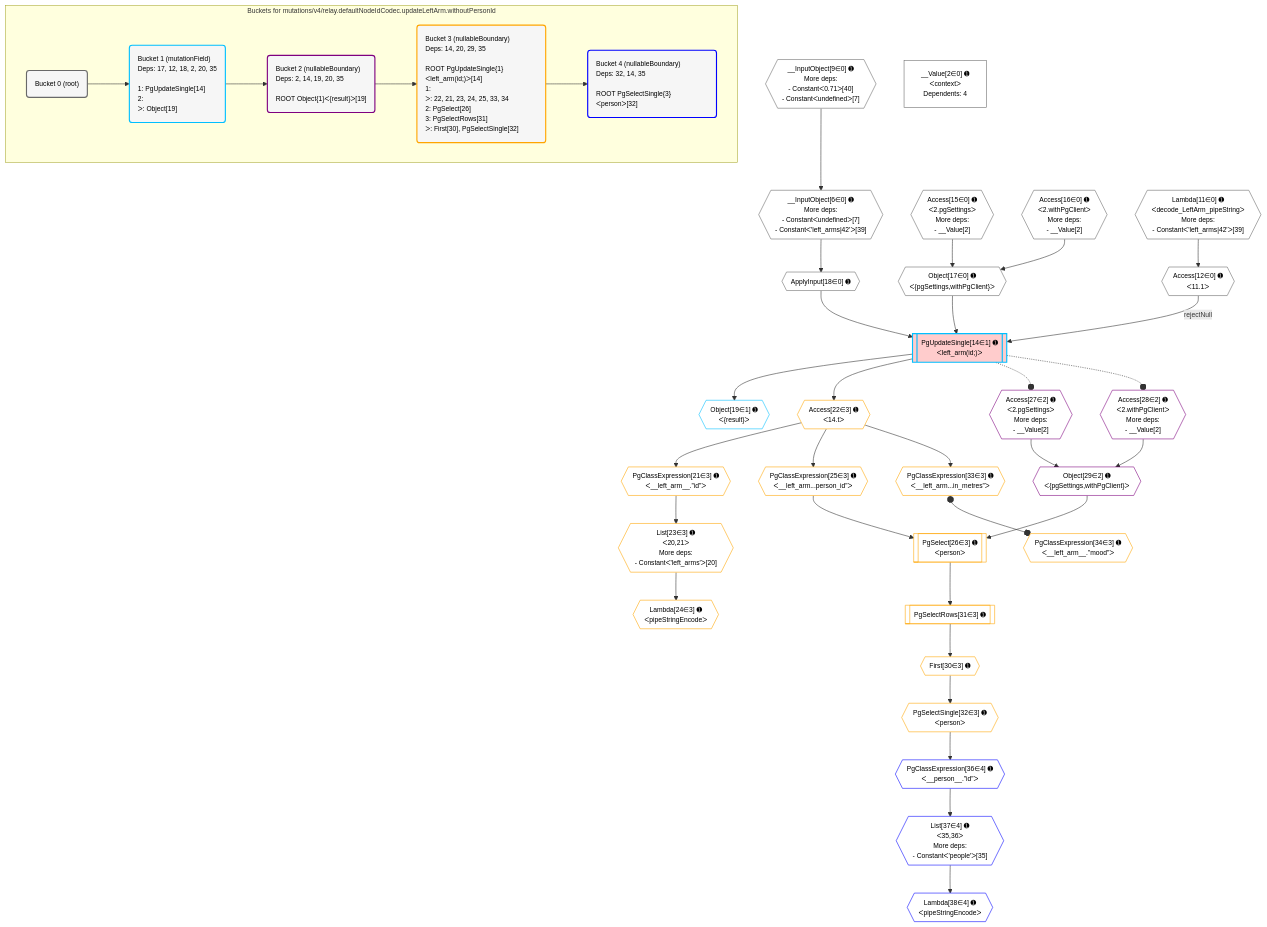
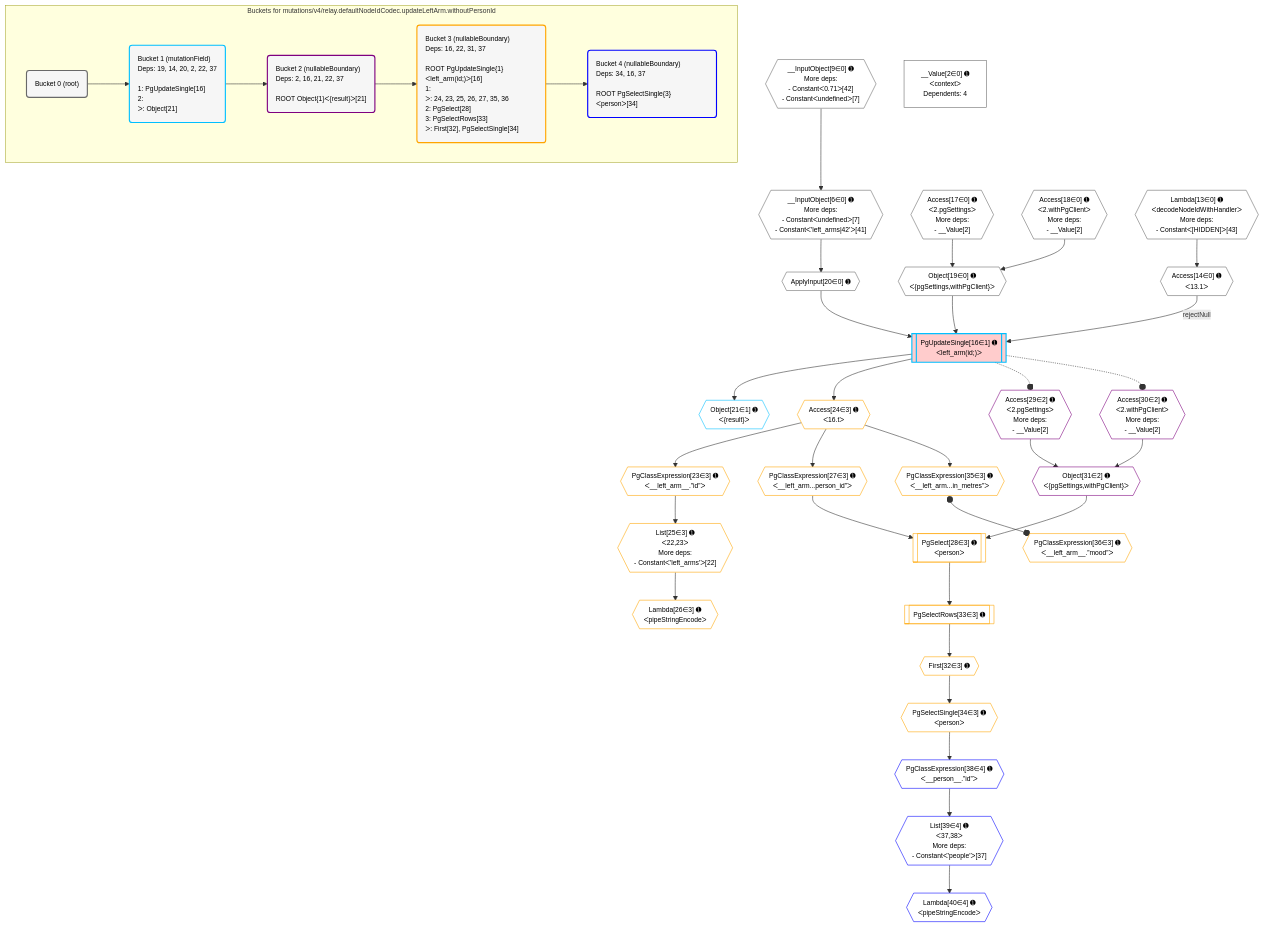
One commit to graphile/crystal changed the diagram in postgraphile/postgraphile/__tests__/mutations/v4/relay.defaultNodeIdCodec.updateLeftArm.withoutPersonId.mermaid. Above: the diagram before and after it, drawn with Mermaid. The commit also changed 10 other files, not shown here.

Commit message:
Update plan diagrams

```diff
--- a/postgraphile/postgraphile/__tests__/mutations/v4/relay.defaultNodeIdCodec.updateLeftArm.withoutPersonId.mermaid
+++ b/postgraphile/postgraphile/__tests__/mutations/v4/relay.defaultNodeIdCodec.updateLeftArm.withoutPersonId.mermaid
@@ -1,88 +1,88 @@
 %%{init: {'themeVariables': { 'fontSize': '12px'}}}%%
 graph TD
     classDef path fill:#eee,stroke:#000,color:#000
     classDef plan fill:#fff,stroke-width:1px,color:#000
     classDef itemplan fill:#fff,stroke-width:2px,color:#000
     classDef unbatchedplan fill:#dff,stroke-width:1px,color:#000
     classDef sideeffectplan fill:#fcc,stroke-width:2px,color:#000
     classDef bucket fill:#f6f6f6,color:#000,stroke-width:2px,text-align:left
 
     subgraph "Buckets for mutations/v4/relay.defaultNodeIdCodec.updateLeftArm.withoutPersonId"
     Bucket0("Bucket 0 (root)"):::bucket
-    Bucket1("Bucket 1 (mutationField)<br />Deps: 17, 12, 18, 2, 20, 35<br /><br />1: PgUpdateSingle[14]<br />2: <br />ᐳ: Object[19]"):::bucket
-    Bucket2("Bucket 2 (nullableBoundary)<br />Deps: 2, 14, 19, 20, 35<br /><br />ROOT Object{1}ᐸ{result}ᐳ[19]"):::bucket
-    Bucket3("Bucket 3 (nullableBoundary)<br />Deps: 14, 20, 29, 35<br /><br />ROOT PgUpdateSingle{1}ᐸleft_arm(id;)ᐳ[14]<br />1: <br />ᐳ: 22, 21, 23, 24, 25, 33, 34<br />2: PgSelect[26]<br />3: PgSelectRows[31]<br />ᐳ: First[30], PgSelectSingle[32]"):::bucket
-    Bucket4("Bucket 4 (nullableBoundary)<br />Deps: 32, 14, 35<br /><br />ROOT PgSelectSingle{3}ᐸpersonᐳ[32]"):::bucket
+    Bucket1("Bucket 1 (mutationField)<br />Deps: 19, 14, 20, 2, 22, 37<br /><br />1: PgUpdateSingle[16]<br />2: <br />ᐳ: Object[21]"):::bucket
+    Bucket2("Bucket 2 (nullableBoundary)<br />Deps: 2, 16, 21, 22, 37<br /><br />ROOT Object{1}ᐸ{result}ᐳ[21]"):::bucket
+    Bucket3("Bucket 3 (nullableBoundary)<br />Deps: 16, 22, 31, 37<br /><br />ROOT PgUpdateSingle{1}ᐸleft_arm(id;)ᐳ[16]<br />1: <br />ᐳ: 24, 23, 25, 26, 27, 35, 36<br />2: PgSelect[28]<br />3: PgSelectRows[33]<br />ᐳ: First[32], PgSelectSingle[34]"):::bucket
+    Bucket4("Bucket 4 (nullableBoundary)<br />Deps: 34, 16, 37<br /><br />ROOT PgSelectSingle{3}ᐸpersonᐳ[34]"):::bucket
     end
     Bucket0 --> Bucket1
     Bucket1 --> Bucket2
     Bucket2 --> Bucket3
     Bucket3 --> Bucket4
 
     %% plan dependencies
-    __InputObject6{{"__InputObject[6∈0] ➊<br />More deps:<br />- Constantᐸundefinedᐳ[7]<br />- Constantᐸ'left_arms|42'ᐳ[39]"}}:::plan
-    __InputObject9{{"__InputObject[9∈0] ➊<br />More deps:<br />- Constantᐸ0.71ᐳ[40]<br />- Constantᐸundefinedᐳ[7]"}}:::plan
+    __InputObject6{{"__InputObject[6∈0] ➊<br />More deps:<br />- Constantᐸundefinedᐳ[7]<br />- Constantᐸ'left_arms|42'ᐳ[41]"}}:::plan
+    __InputObject9{{"__InputObject[9∈0] ➊<br />More deps:<br />- Constantᐸ0.71ᐳ[42]<br />- Constantᐸundefinedᐳ[7]"}}:::plan
     __InputObject9 --> __InputObject6
-    Object17{{"Object[17∈0] ➊<br />ᐸ{pgSettings,withPgClient}ᐳ"}}:::plan
-    Access15{{"Access[15∈0] ➊<br />ᐸ2.pgSettingsᐳ<br />More deps:<br />- __Value[2]"}}:::plan
-    Access16{{"Access[16∈0] ➊<br />ᐸ2.withPgClientᐳ<br />More deps:<br />- __Value[2]"}}:::plan
-    Access15 & Access16 --> Object17
-    Lambda11{{"Lambda[11∈0] ➊<br />ᐸdecode_LeftArm_pipeStringᐳ<br />More deps:<br />- Constantᐸ'left_arms|42'ᐳ[39]"}}:::plan
-    Access12{{"Access[12∈0] ➊<br />ᐸ11.1ᐳ"}}:::plan
-    Lambda11 --> Access12
-    ApplyInput18{{"ApplyInput[18∈0] ➊"}}:::plan
-    __InputObject6 --> ApplyInput18
+    Object19{{"Object[19∈0] ➊<br />ᐸ{pgSettings,withPgClient}ᐳ"}}:::plan
+    Access17{{"Access[17∈0] ➊<br />ᐸ2.pgSettingsᐳ<br />More deps:<br />- __Value[2]"}}:::plan
+    Access18{{"Access[18∈0] ➊<br />ᐸ2.withPgClientᐳ<br />More deps:<br />- __Value[2]"}}:::plan
+    Access17 & Access18 --> Object19
+    Lambda13{{"Lambda[13∈0] ➊<br />ᐸdecodeNodeIdWithHandlerᐳ<br />More deps:<br />- Constantᐸ[HIDDEN]ᐳ[43]"}}:::plan
+    Access14{{"Access[14∈0] ➊<br />ᐸ13.1ᐳ"}}:::plan
+    Lambda13 --> Access14
+    ApplyInput20{{"ApplyInput[20∈0] ➊"}}:::plan
+    __InputObject6 --> ApplyInput20
     __Value2["__Value[2∈0] ➊<br />ᐸcontextᐳ<br />Dependents: 4"]:::plan
-    PgUpdateSingle14[["PgUpdateSingle[14∈1] ➊<br />ᐸleft_arm(id;)ᐳ"]]:::sideeffectplan
-    Access12 -->|rejectNull| PgUpdateSingle14
-    Object17 & ApplyInput18 --> PgUpdateSingle14
-    Object19{{"Object[19∈1] ➊<br />ᐸ{result}ᐳ"}}:::plan
-    PgUpdateSingle14 --> Object19
-    Object29{{"Object[29∈2] ➊<br />ᐸ{pgSettings,withPgClient}ᐳ"}}:::plan
-    Access27{{"Access[27∈2] ➊<br />ᐸ2.pgSettingsᐳ<br />More deps:<br />- __Value[2]"}}:::plan
-    Access28{{"Access[28∈2] ➊<br />ᐸ2.withPgClientᐳ<br />More deps:<br />- __Value[2]"}}:::plan
-    Access27 & Access28 --> Object29
-    List23{{"List[23∈3] ➊<br />ᐸ20,21ᐳ<br />More deps:<br />- Constantᐸ'left_arms'ᐳ[20]"}}:::plan
-    PgClassExpression21{{"PgClassExpression[21∈3] ➊<br />ᐸ__left_arm__.”id”ᐳ"}}:::plan
-    PgClassExpression21 --> List23
-    PgSelect26[["PgSelect[26∈3] ➊<br />ᐸpersonᐳ"]]:::plan
-    PgClassExpression25{{"PgClassExpression[25∈3] ➊<br />ᐸ__left_arm...person_id”ᐳ"}}:::plan
-    Object29 & PgClassExpression25 --> PgSelect26
-    Access22{{"Access[22∈3] ➊<br />ᐸ14.tᐳ"}}:::plan
-    Access22 --> PgClassExpression21
-    PgUpdateSingle14 --> Access22
-    Lambda24{{"Lambda[24∈3] ➊<br />ᐸpipeStringEncodeᐳ"}}:::plan
-    List23 --> Lambda24
-    Access22 --> PgClassExpression25
-    First30{{"First[30∈3] ➊"}}:::plan
-    PgSelectRows31[["PgSelectRows[31∈3] ➊"]]:::plan
-    PgSelectRows31 --> First30
-    PgSelect26 --> PgSelectRows31
-    PgSelectSingle32{{"PgSelectSingle[32∈3] ➊<br />ᐸpersonᐳ"}}:::plan
-    First30 --> PgSelectSingle32
-    PgClassExpression33{{"PgClassExpression[33∈3] ➊<br />ᐸ__left_arm...in_metres”ᐳ"}}:::plan
-    Access22 --> PgClassExpression33
-    PgClassExpression34{{"PgClassExpression[34∈3] ➊<br />ᐸ__left_arm__.”mood”ᐳ"}}:::plan
-    PgClassExpression33 o--o PgClassExpression34
-    List37{{"List[37∈4] ➊<br />ᐸ35,36ᐳ<br />More deps:<br />- Constantᐸ'people'ᐳ[35]"}}:::plan
-    PgClassExpression36{{"PgClassExpression[36∈4] ➊<br />ᐸ__person__.”id”ᐳ"}}:::plan
-    PgClassExpression36 --> List37
-    PgSelectSingle32 --> PgClassExpression36
-    Lambda38{{"Lambda[38∈4] ➊<br />ᐸpipeStringEncodeᐳ"}}:::plan
-    List37 --> Lambda38
+    PgUpdateSingle16[["PgUpdateSingle[16∈1] ➊<br />ᐸleft_arm(id;)ᐳ"]]:::sideeffectplan
+    Access14 -->|rejectNull| PgUpdateSingle16
+    Object19 & ApplyInput20 --> PgUpdateSingle16
+    Object21{{"Object[21∈1] ➊<br />ᐸ{result}ᐳ"}}:::plan
+    PgUpdateSingle16 --> Object21
+    Object31{{"Object[31∈2] ➊<br />ᐸ{pgSettings,withPgClient}ᐳ"}}:::plan
+    Access29{{"Access[29∈2] ➊<br />ᐸ2.pgSettingsᐳ<br />More deps:<br />- __Value[2]"}}:::plan
+    Access30{{"Access[30∈2] ➊<br />ᐸ2.withPgClientᐳ<br />More deps:<br />- __Value[2]"}}:::plan
+    Access29 & Access30 --> Object31
+    List25{{"List[25∈3] ➊<br />ᐸ22,23ᐳ<br />More deps:<br />- Constantᐸ'left_arms'ᐳ[22]"}}:::plan
+    PgClassExpression23{{"PgClassExpression[23∈3] ➊<br />ᐸ__left_arm__.”id”ᐳ"}}:::plan
+    PgClassExpression23 --> List25
+    PgSelect28[["PgSelect[28∈3] ➊<br />ᐸpersonᐳ"]]:::plan
+    PgClassExpression27{{"PgClassExpression[27∈3] ➊<br />ᐸ__left_arm...person_id”ᐳ"}}:::plan
+    Object31 & PgClassExpression27 --> PgSelect28
+    Access24{{"Access[24∈3] ➊<br />ᐸ16.tᐳ"}}:::plan
+    Access24 --> PgClassExpression23
+    PgUpdateSingle16 --> Access24
+    Lambda26{{"Lambda[26∈3] ➊<br />ᐸpipeStringEncodeᐳ"}}:::plan
+    List25 --> Lambda26
+    Access24 --> PgClassExpression27
+    First32{{"First[32∈3] ➊"}}:::plan
+    PgSelectRows33[["PgSelectRows[33∈3] ➊"]]:::plan
+    PgSelectRows33 --> First32
+    PgSelect28 --> PgSelectRows33
+    PgSelectSingle34{{"PgSelectSingle[34∈3] ➊<br />ᐸpersonᐳ"}}:::plan
+    First32 --> PgSelectSingle34
+    PgClassExpression35{{"PgClassExpression[35∈3] ➊<br />ᐸ__left_arm...in_metres”ᐳ"}}:::plan
+    Access24 --> PgClassExpression35
+    PgClassExpression36{{"PgClassExpression[36∈3] ➊<br />ᐸ__left_arm__.”mood”ᐳ"}}:::plan
+    PgClassExpression35 o--o PgClassExpression36
+    List39{{"List[39∈4] ➊<br />ᐸ37,38ᐳ<br />More deps:<br />- Constantᐸ'people'ᐳ[37]"}}:::plan
+    PgClassExpression38{{"PgClassExpression[38∈4] ➊<br />ᐸ__person__.”id”ᐳ"}}:::plan
+    PgClassExpression38 --> List39
+    PgSelectSingle34 --> PgClassExpression38
+    Lambda40{{"Lambda[40∈4] ➊<br />ᐸpipeStringEncodeᐳ"}}:::plan
+    List39 --> Lambda40
 
     %% define steps
     classDef bucket0 stroke:#696969
-    class Bucket0,__Value2,__InputObject6,__InputObject9,Lambda11,Access12,Access15,Access16,Object17,ApplyInput18 bucket0
+    class Bucket0,__Value2,__InputObject6,__InputObject9,Lambda13,Access14,Access17,Access18,Object19,ApplyInput20 bucket0
     classDef bucket1 stroke:#00bfff
-    class Bucket1,PgUpdateSingle14,Object19 bucket1
+    class Bucket1,PgUpdateSingle16,Object21 bucket1
     classDef bucket2 stroke:#7f007f
-    class Bucket2,Access27,Access28,Object29 bucket2
+    class Bucket2,Access29,Access30,Object31 bucket2
     classDef bucket3 stroke:#ffa500
-    class Bucket3,PgClassExpression21,Access22,List23,Lambda24,PgClassExpression25,PgSelect26,First30,PgSelectRows31,PgSelectSingle32,PgClassExpression33,PgClassExpression34 bucket3
+    class Bucket3,PgClassExpression23,Access24,List25,Lambda26,PgClassExpression27,PgSelect28,First32,PgSelectRows33,PgSelectSingle34,PgClassExpression35,PgClassExpression36 bucket3
     classDef bucket4 stroke:#0000ff
-    class Bucket4,PgClassExpression36,List37,Lambda38 bucket4
+    class Bucket4,PgClassExpression38,List39,Lambda40 bucket4
 
     %% implicit side effects
-    PgUpdateSingle14 -.-o Access27
-    PgUpdateSingle14 -.-o Access28
+    PgUpdateSingle16 -.-o Access29
+    PgUpdateSingle16 -.-o Access30
```
